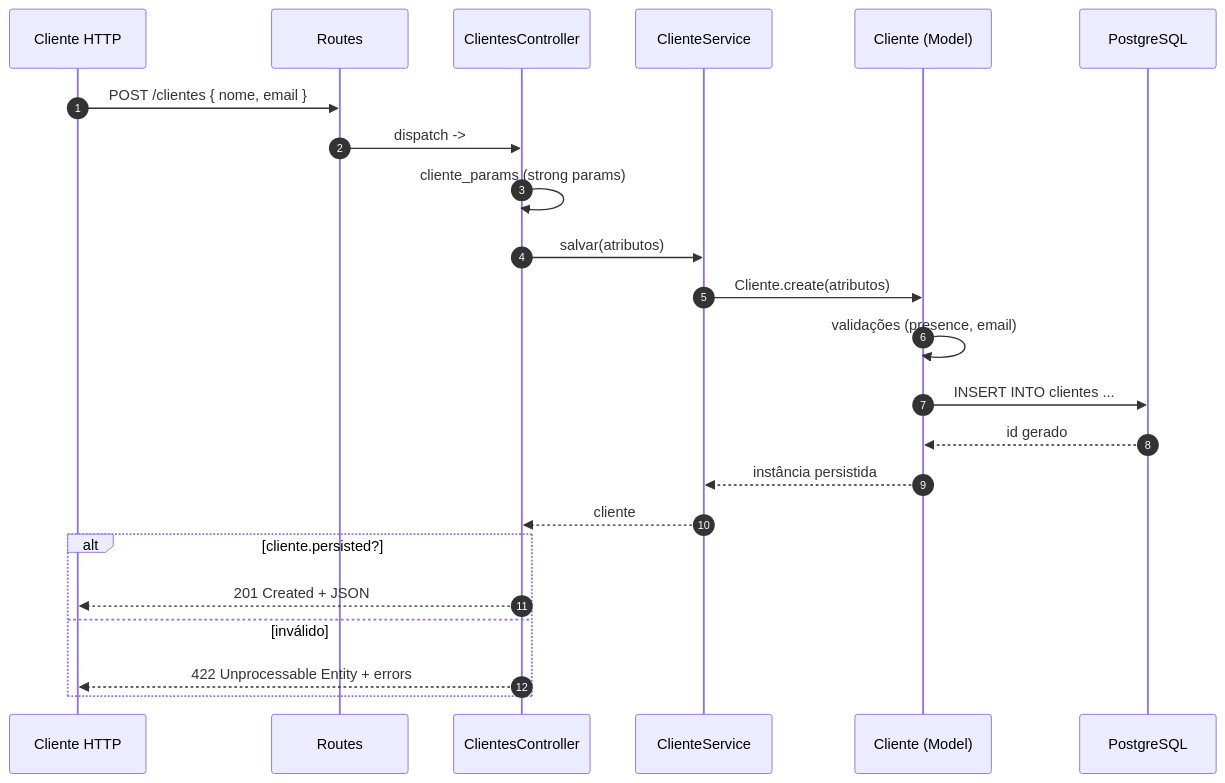
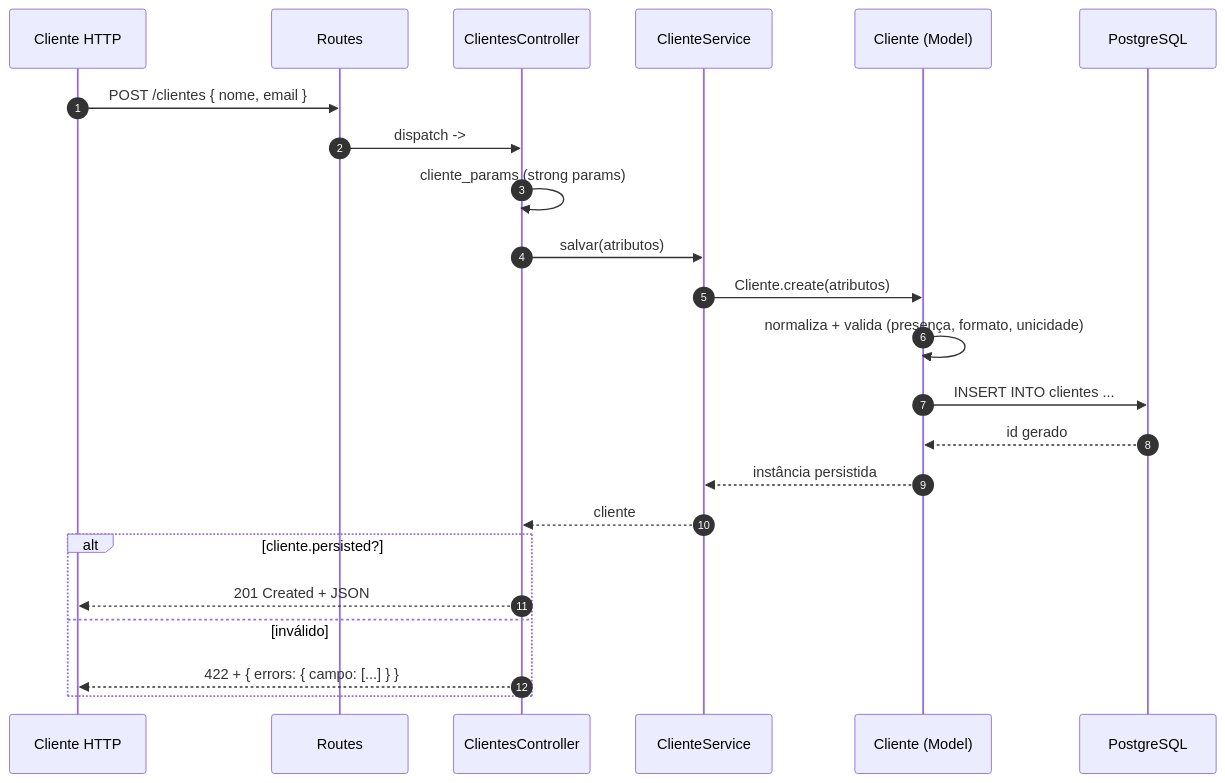
The fourth of 4 diagrams in diagrama.md (ThiagoAlves15/DESF5-2026-3A-ThiagoAlves), drawn with Mermaid before and after one commit. The commit also changed other lines of this file and 2 other files, not shown here.

````diff
--- a/diagrama.md
+++ b/diagrama.md
@@ -80,26 +63,26 @@
 ```mermaid
 sequenceDiagram
     autonumber
     participant C as Cliente HTTP
     participant R as Routes
     participant CT as ClientesController
     participant S as ClienteService
     participant M as Cliente (Model)
     participant DB as PostgreSQL
 
     C->>R: POST /clientes { nome, email }
     R->>CT: dispatch -> #create
     CT->>CT: cliente_params (strong params)
     CT->>S: salvar(atributos)
     S->>M: Cliente.create(atributos)
-    M->>M: validações (presence, email)
+    M->>M: normaliza + valida (presença, formato, unicidade)
     M->>DB: INSERT INTO clientes ...
     DB-->>M: id gerado
     M-->>S: instância persistida
     S-->>CT: cliente
     alt cliente.persisted?
         CT-->>C: 201 Created + JSON
     else inválido
-        CT-->>C: 422 Unprocessable Entity + errors
+        CT-->>C: 422 + { errors: { campo: [...] } }
     end
 ```
````
